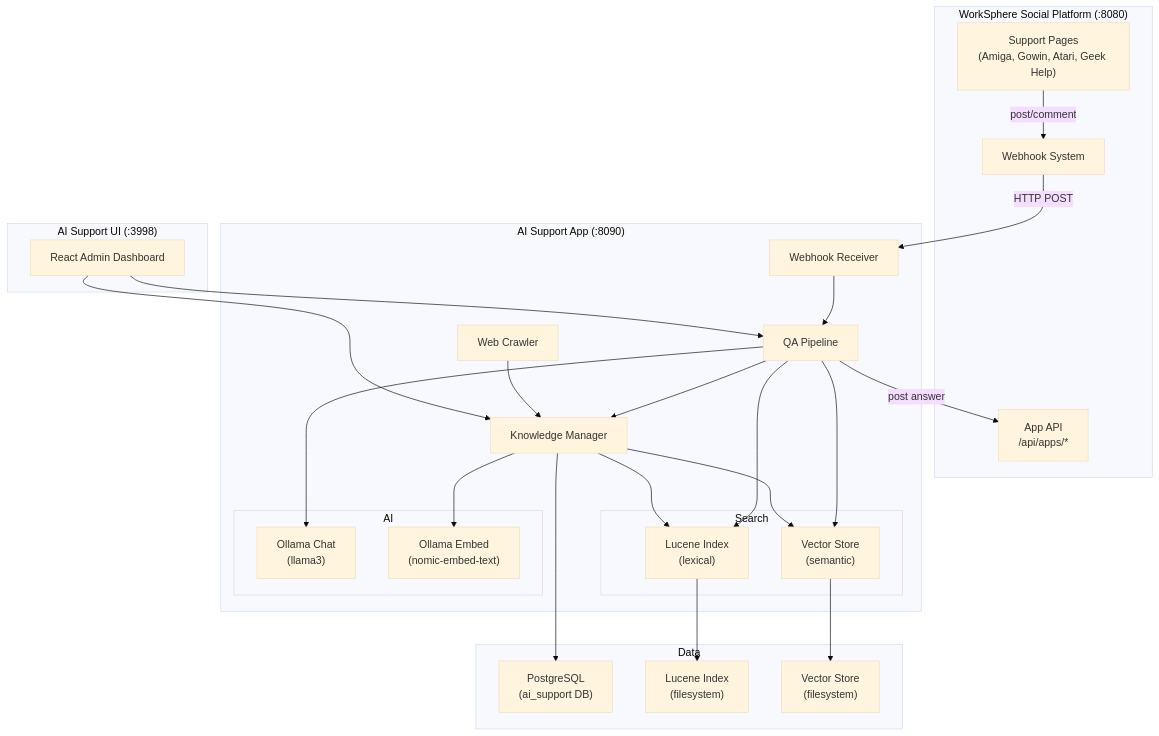
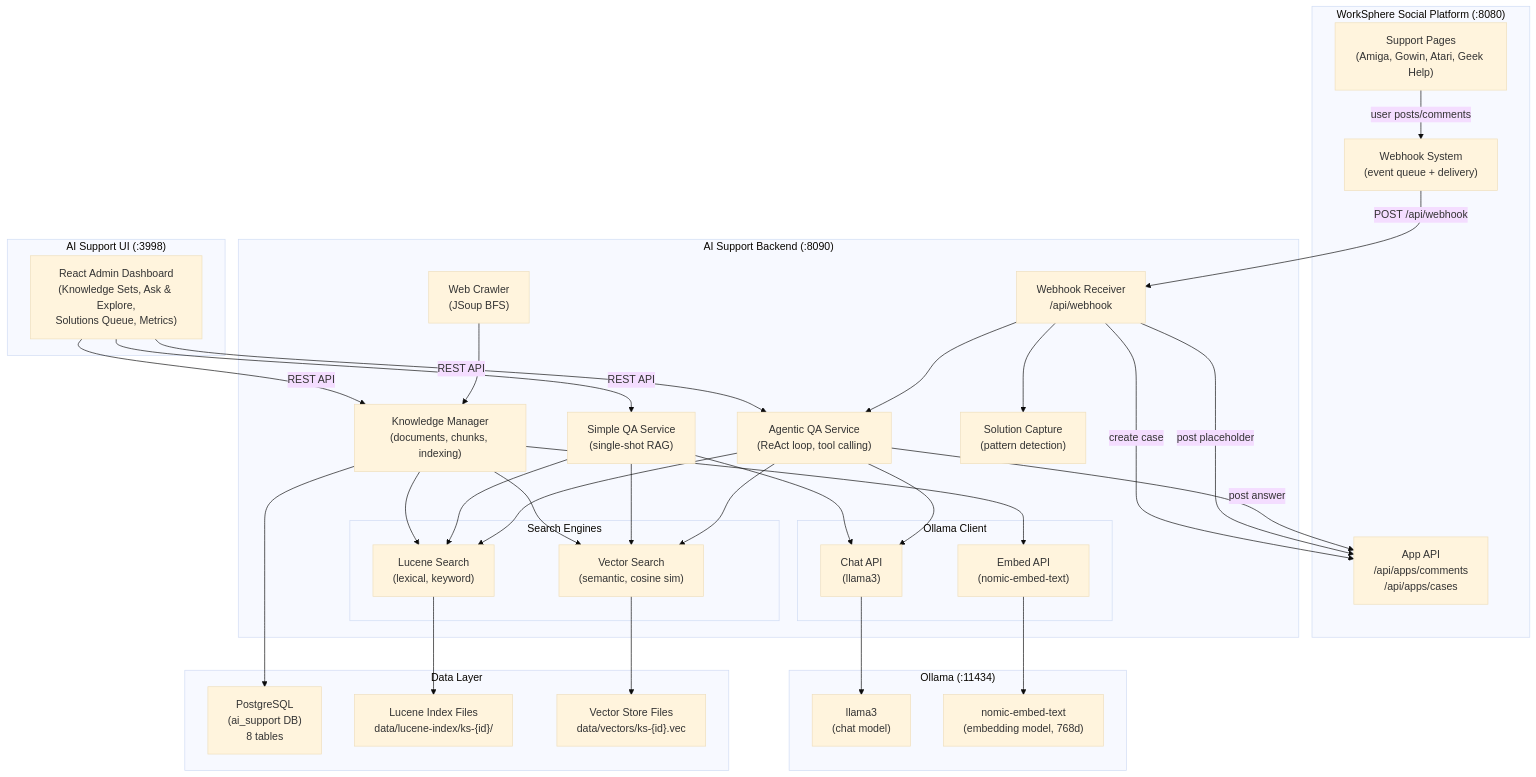
The first of 11 diagrams in ai-support/README.md (geekychris/enterprise_social_platform), drawn with Mermaid (base theme) before and after one commit. The commit also changed other lines of this file, not shown here.

First line of the commit message:
Comprehensive AI Support architecture docs with mermaid diagrams

````diff
--- a/ai-support/README.md
+++ b/ai-support/README.md
@@ -11,53 +34,68 @@
 ```mermaid
 graph TB
     subgraph "WorkSphere Social Platform (:8080)"
         Pages["Support Pages<br/>(Amiga, Gowin, Atari, Geek Help)"]
-        Webhook["Webhook System"]
-        AppAPI["App API<br/>/api/apps/*"]
+        WebhookSys["Webhook System<br/>(event queue + delivery)"]
+        AppAPI["App API<br/>/api/apps/comments<br/>/api/apps/cases"]
     end
 
-    subgraph "AI Support App (:8090)"
-        WH["Webhook Receiver"]
-        QA["QA Pipeline"]
-        KM["Knowledge Manager"]
-        Crawler["Web Crawler"]
+    subgraph "AI Support Backend (:8090)"
+        WH["Webhook Receiver<br/>/api/webhook"]
+        AgenticQA["Agentic QA Service<br/>(ReAct loop, tool calling)"]
+        SimpleQA["Simple QA Service<br/>(single-shot RAG)"]
+        KM["Knowledge Manager<br/>(documents, chunks, indexing)"]
+        Crawler["Web Crawler<br/>(JSoup BFS)"]
+        SolHandler["Solution Capture<br/>(pattern detection)"]
 
-        subgraph "Search"
-            Lucene["Lucene Index<br/>(lexical)"]
-            Vectors["Vector Store<br/>(semantic)"]
+        subgraph "Search Engines"
+            Lucene["Lucene Search<br/>(lexical, keyword)"]
+            VecSearch["Vector Search<br/>(semantic, cosine sim)"]
         end
 
-        subgraph "AI"
-            Chat["Ollama Chat<br/>(llama3)"]
-            Embed["Ollama Embed<br/>(nomic-embed-text)"]
+        subgraph "Ollama Client"
+            OllamaChat["Chat API<br/>(llama3)"]
+            OllamaEmbed["Embed API<br/>(nomic-embed-text)"]
         end
     end
 
     subgraph "AI Support UI (:3998)"
-        AdminUI["React Admin Dashboard"]
+        AdminUI["React Admin Dashboard<br/>(Knowledge Sets, Ask & Explore,<br/>Solutions Queue, Metrics)"]
     end
 
-    subgraph "Data"
-        PG["PostgreSQL<br/>(ai_support DB)"]
-        LuceneFS["Lucene Index<br/>(filesystem)"]
-        VecFS["Vector Store<br/>(filesystem)"]
+    subgraph "Ollama (:11434)"
+        LLama["llama3<br/>(chat model)"]
+        Nomic["nomic-embed-text<br/>(embedding model, 768d)"]
     end
 
-    Pages -->|"post/comment"| Webhook
-    Webhook -->|"HTTP POST"| WH
-    WH --> QA
-    QA --> KM
-    QA --> Lucene
-    QA --> Vectors
-    QA --> Chat
-    KM --> Embed
+    subgraph "Data Layer"
+        PG["PostgreSQL<br/>(ai_support DB)<br/>8 tables"]
+        LuceneFS["Lucene Index Files<br/>data/lucene-index/ks-{id}/"]
+        VecFS["Vector Store Files<br/>data/vectors/ks-{id}.vec"]
+    end
+
+    Pages -->|"user posts/comments"| WebhookSys
+    WebhookSys -->|"POST /api/webhook"| WH
+    WH --> AgenticQA
+    WH --> SolHandler
+    AgenticQA --> Lucene
+    AgenticQA --> VecSearch
+    AgenticQA --> OllamaChat
+    SimpleQA --> Lucene
+    SimpleQA --> VecSearch
+    SimpleQA --> OllamaChat
+    KM --> OllamaEmbed
     KM --> Lucene
-    KM --> Vectors
+    KM --> VecSearch
     Crawler --> KM
-    QA -->|"post answer"| AppAPI
-    AdminUI --> KM
-    AdminUI --> QA
+    AgenticQA -->|"post answer"| AppAPI
+    WH -->|"post placeholder"| AppAPI
+    WH -->|"create case"| AppAPI
+    AdminUI -->|"REST API"| KM
+    AdminUI -->|"REST API"| AgenticQA
+    AdminUI -->|"REST API"| SimpleQA
     KM --> PG
     Lucene --> LuceneFS
-    Vectors --> VecFS
+    VecSearch --> VecFS
+    OllamaChat --> LLama
+    OllamaEmbed --> Nomic
 ```
````
